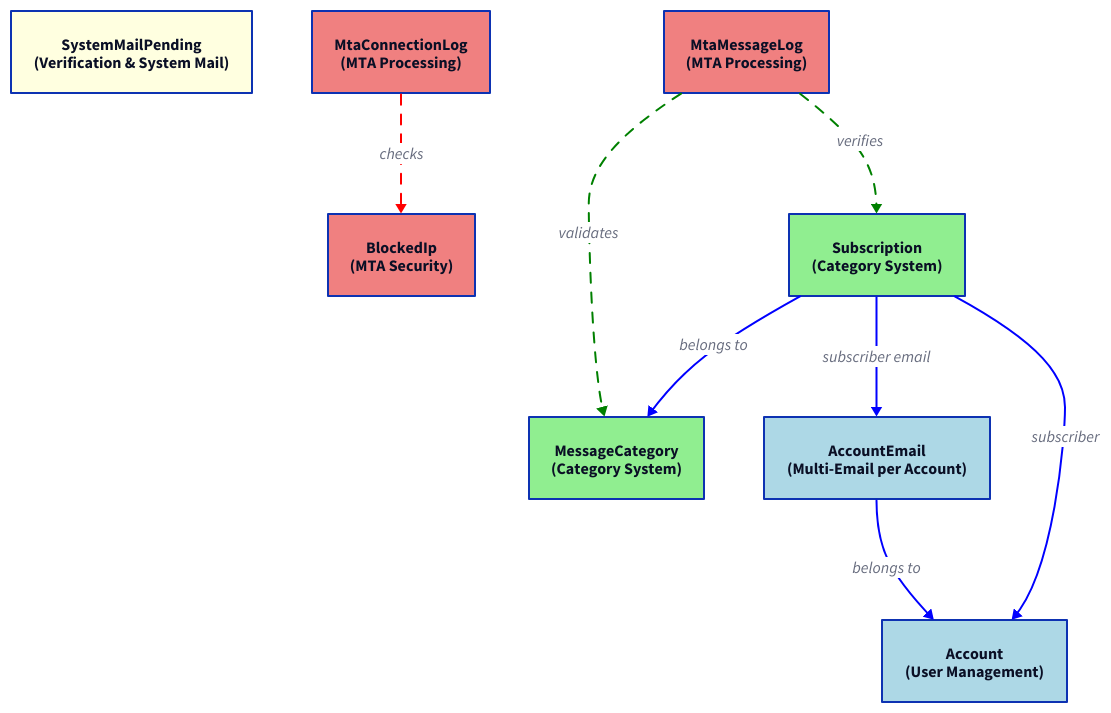
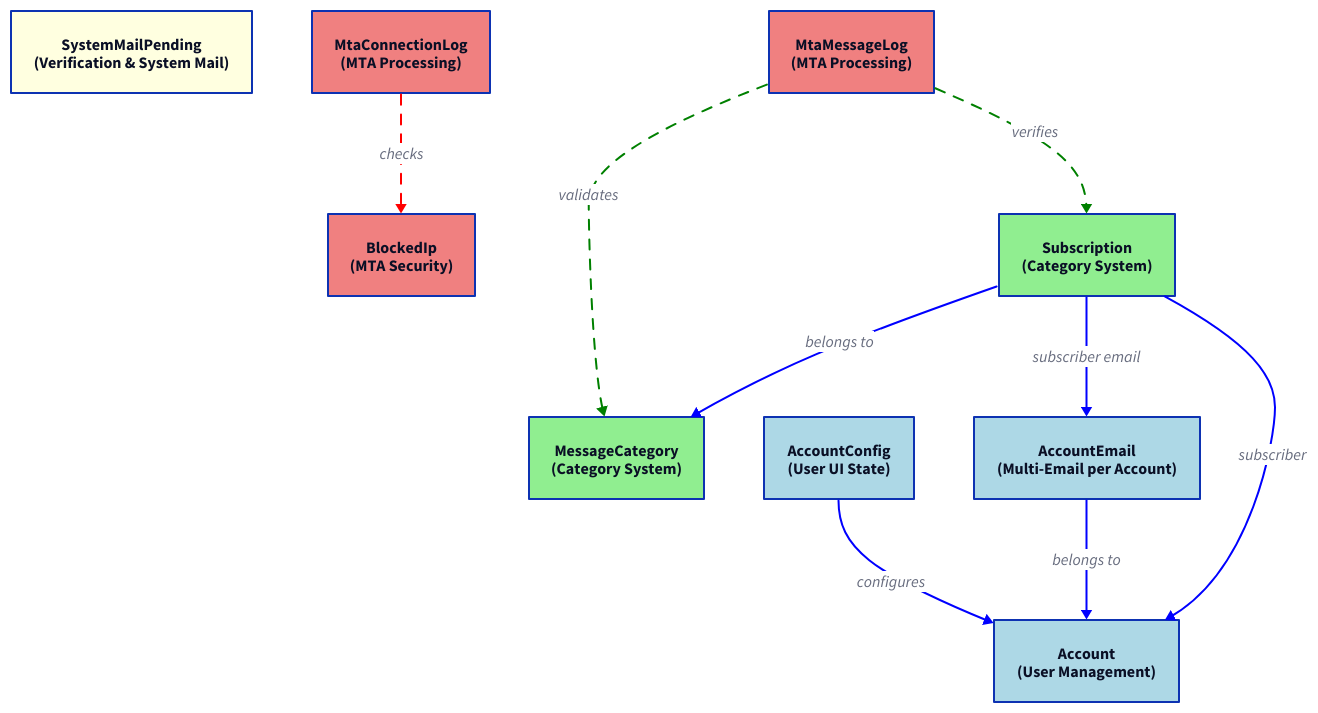
The diagram in docs/src/appendices/database-schema-er-simplified.d2 (enaut/kommunikationszentrum), drawn with D2 before and after one commit. The commit also changed 26 other files, not shown here.

```diff
--- a/docs/src/appendices/database-schema-er-simplified.d2
+++ b/docs/src/appendices/database-schema-er-simplified.d2
@@ -1,52 +1,58 @@
 direction: down
 
 account: "Account\n(User Management)" {
   style.fill: lightblue
 }
 account_emails: "AccountEmail\n(Multi-Email per Account)" {
+  style.fill: lightblue
+}
+account_configs: "AccountConfig\n(User UI State)" {
   style.fill: lightblue
 }
 system_mail_pending: "SystemMailPending\n(Verification & System Mail)" {
   style.fill: lightyellow
 }
 mta_connection_log: "MtaConnectionLog\n(MTA Processing)" {
   style.fill: lightcoral
 }
 mta_message_log: "MtaMessageLog\n(MTA Processing)" {
   style.fill: lightcoral
 }
 blocked_ips: "BlockedIp\n(MTA Security)" {
   style.fill: lightcoral
 }
 message_categories: "MessageCategory\n(Category System)" {
   style.fill: lightgreen
 }
 subscriptions: "Subscription\n(Category System)" {
   style.fill: lightgreen
 }
 
 account_emails -> account: "belongs to" {
   style.stroke: blue
 }
+account_configs -> account: "configures" {
+  style.stroke: blue
+}
 subscriptions -> message_categories: "belongs to" {
   style.stroke: blue
 }
 subscriptions -> account_emails: "subscriber email" {
   style.stroke: blue
 }
 subscriptions -> account: "subscriber" {
   style.stroke: blue
 }
 
 mta_connection_log -> blocked_ips: "checks" {
   style.stroke: red
   style.stroke-dash: 5
 }
 mta_message_log -> message_categories: "validates" {
   style.stroke: green
   style.stroke-dash: 5
 }
 mta_message_log -> subscriptions: "verifies" {
   style.stroke: green
   style.stroke-dash: 5
 }
```
